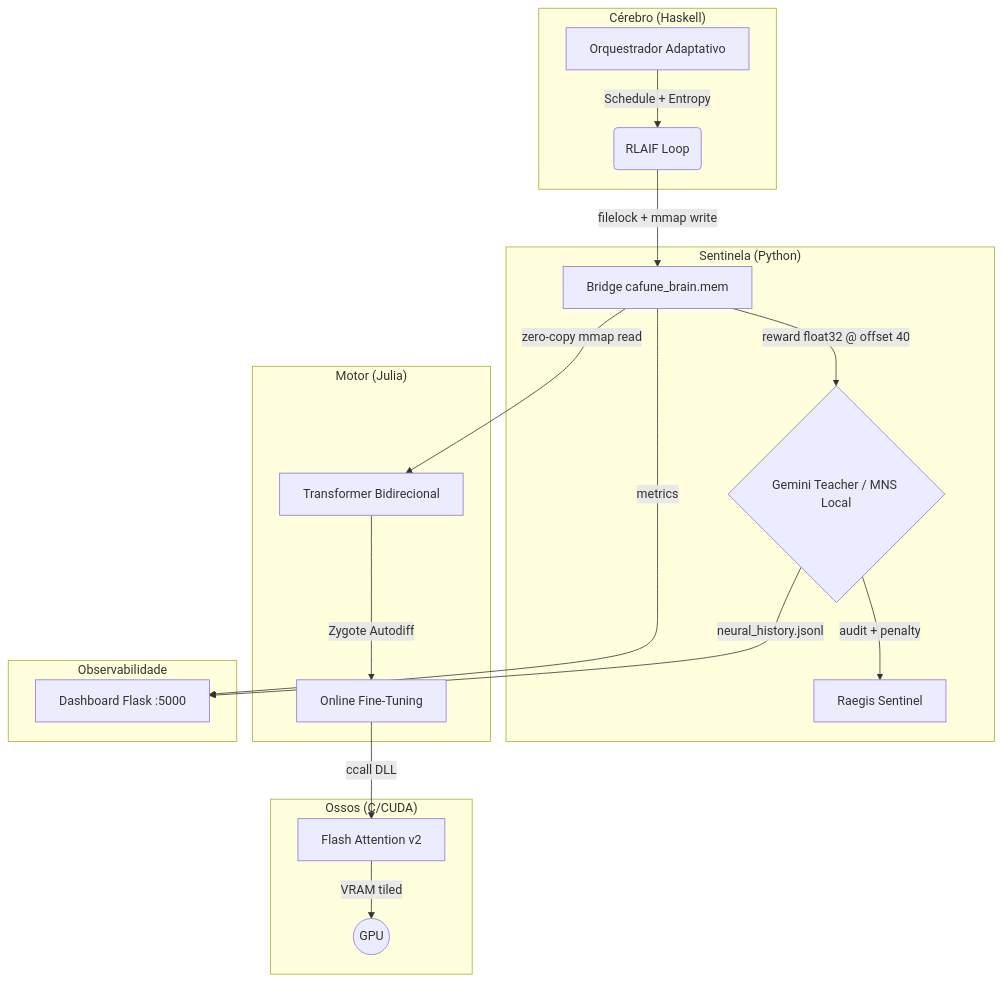
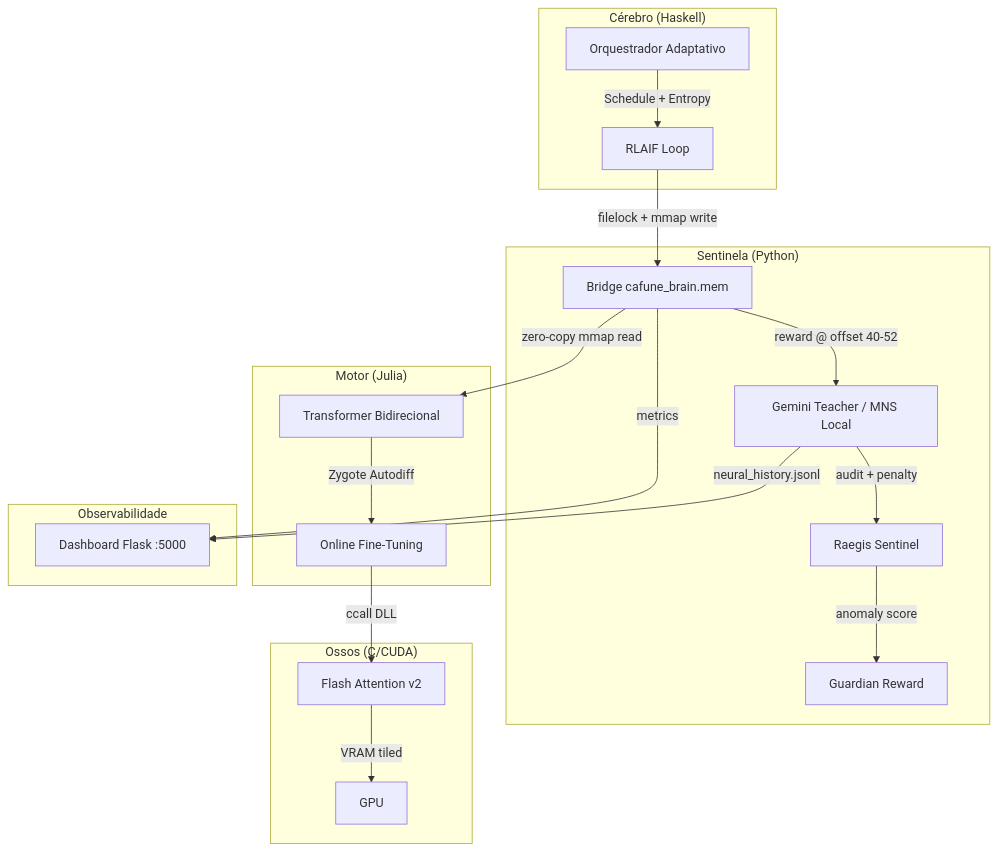
The diagram in README.md (Rukafuu/CAFUNE), drawn with Mermaid before and after one commit.

Commit message:
fix(readme): corrige diagrama Mermaid — remove sintaxe incompatível com GitHub
- I((GPU)) → I[GPU] (círculo duplo não suportado pelo parser do GitHub)
- Subgraph IDs sem espaços/acentos (labels separados)
- Dashboard :5000 entre aspas para escapar os dois-pontos
- Adiciona Guardian Reward no diagrama

````diff
--- a/README.md
+++ b/README.md
@@ -23,27 +23,28 @@
 ```mermaid
 graph TD
-    subgraph "Cérebro (Haskell)"
-        A[Orquestrador Adaptativo] -->|Schedule + Entropy| B(RLAIF Loop)
+    subgraph Cerebro_Haskell["Cérebro (Haskell)"]
+        A[Orquestrador Adaptativo] -->|Schedule + Entropy| B[RLAIF Loop]
     end
 
-    subgraph "Sentinela (Python)"
+    subgraph Sentinela_Python["Sentinela (Python)"]
         B -->|filelock + mmap write| C[Bridge cafune_brain.mem]
-        C -->|reward float32 @ offset 40| D{Gemini Teacher / MNS Local}
+        C -->|reward @ offset 40-52| D[Gemini Teacher / MNS Local]
         D -->|audit + penalty| E[Raegis Sentinel]
+        E -->|anomaly score| G2[Guardian Reward]
     end
 
-    subgraph "Motor (Julia)"
+    subgraph Motor_Julia["Motor (Julia)"]
         C -->|zero-copy mmap read| F[Transformer Bidirecional]
         F -->|Zygote Autodiff| G[Online Fine-Tuning]
     end
 
-    subgraph "Ossos (C/CUDA)"
+    subgraph Ossos_CUDA["Ossos (C/CUDA)"]
         G -->|ccall DLL| H[Flash Attention v2]
-        H -->|VRAM tiled| I((GPU))
+        H -->|VRAM tiled| I[GPU]
     end
 
-    subgraph "Observabilidade"
-        C -->|metrics| J[Dashboard Flask :5000]
+    subgraph Observabilidade["Observabilidade"]
+        C -->|metrics| J["Dashboard Flask :5000"]
         D -->|neural_history.jsonl| J
     end
 ```
````
